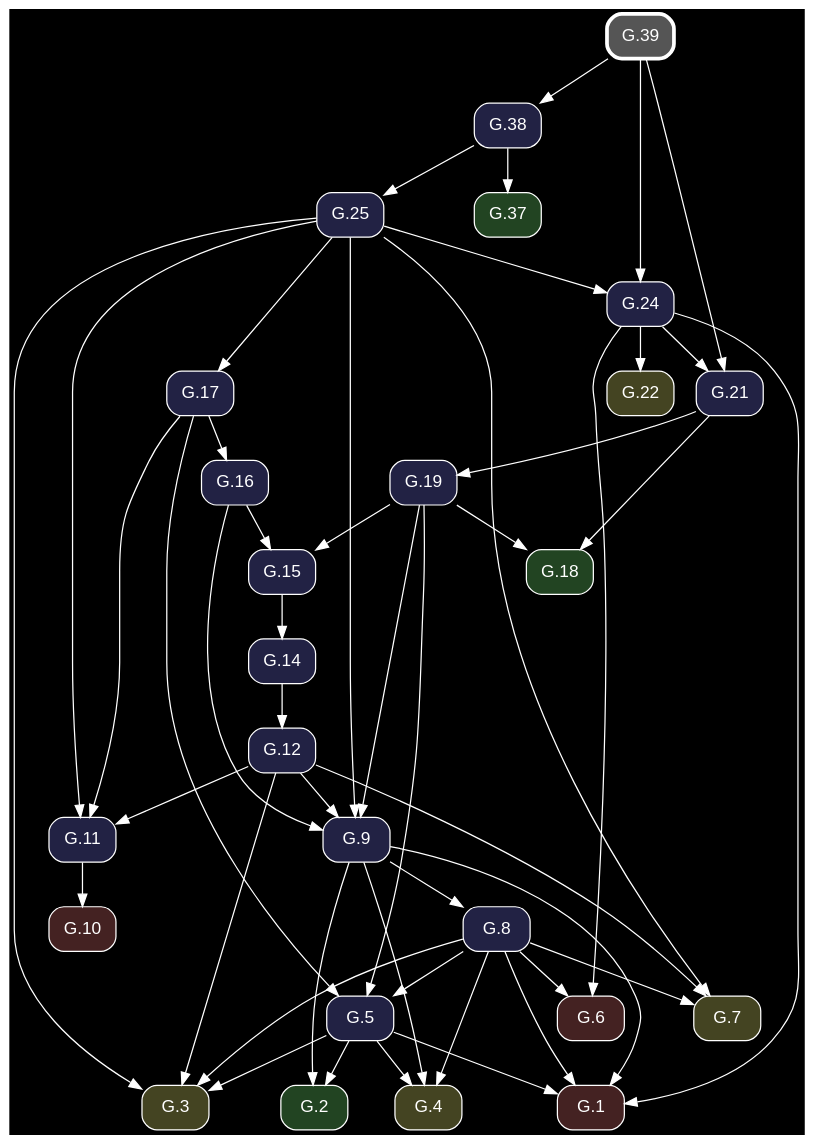
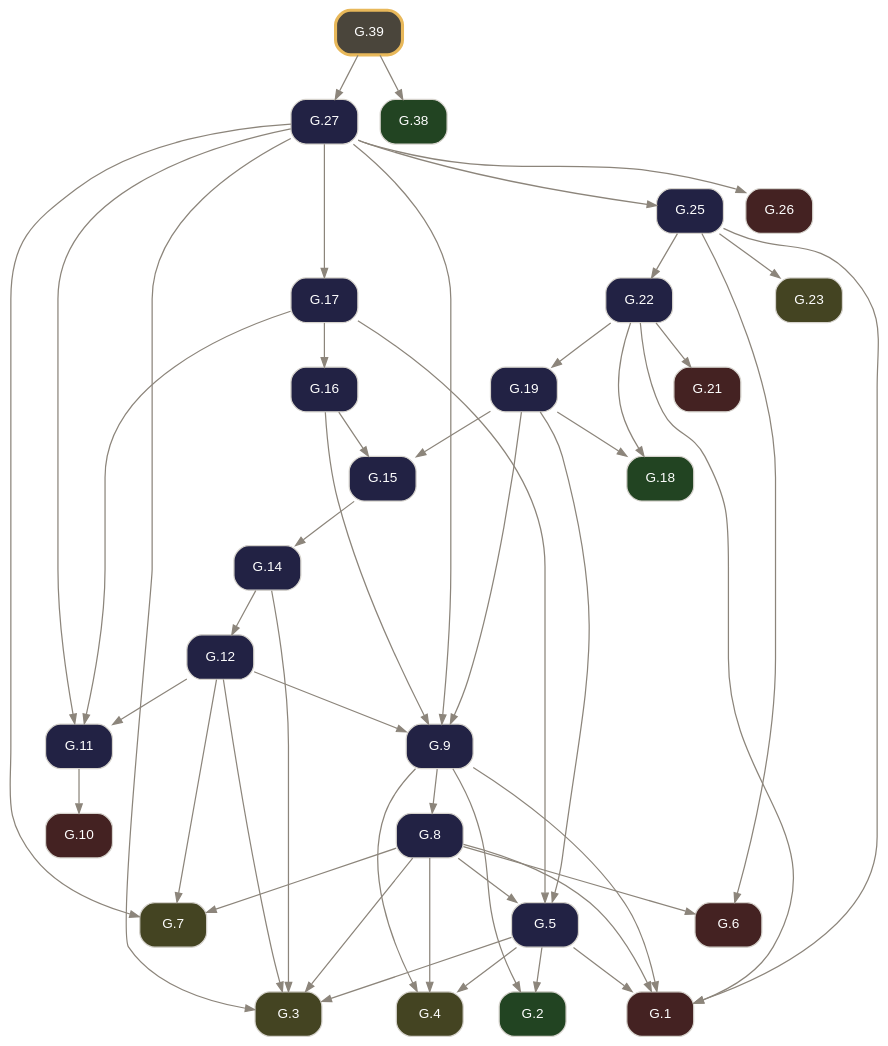
One commit to geometor/elements changed the diagram in docsrc/elements2/G.39/index.rst. Above: the diagram before and after it, drawn with Graphviz. The commit also changed other lines of this file and 261 other files, not shown here.

Commit message:
feat: rebuild Elements 2.0 G-Index pipeline from composed Euclid Heath edition (v0.3.0)

```diff
--- a/docsrc/elements2/G.39/index.rst
+++ b/docsrc/elements2/G.39/index.rst
@@ -40,80 +69,82 @@
 .. graphviz::
 
    digraph {
-     bgcolor="black";
-     node [shape=box, style="rounded,filled", fontname="Helvetica", color="white", fontcolor="white"];
-     edge [color="white", fontcolor="white"];
+     bgcolor="transparent";
+     node [shape=box, style="rounded,filled", fontname="Helvetica", fontsize=11, color="#d6d3cd", fontcolor="#ffffff"];
+     edge [color="#8c857b", fontcolor="#8c857b", arrowsize=0.75];
      rankdir="TB";
-     "G.6" [label="G.6", fillcolor="#442222", URL="/elements2/G.6/", target="_top"];
-     "G.19" [label="G.19", fillcolor="#222244", URL="/elements2/G.19/", target="_top"];
-     "G.38" [label="G.38", fillcolor="#222244", URL="/elements2/G.38/", target="_top"];
-     "G.21" [label="G.21", fillcolor="#222244", URL="/elements2/G.21/", target="_top"];
-     "G.24" [label="G.24", fillcolor="#222244", URL="/elements2/G.24/", target="_top"];
-     "G.10" [label="G.10", fillcolor="#442222", URL="/elements2/G.10/", target="_top"];
-     "G.7" [label="G.7", fillcolor="#444422", URL="/elements2/G.7/", target="_top"];
-     "G.17" [label="G.17", fillcolor="#222244", URL="/elements2/G.17/", target="_top"];
-     "G.3" [label="G.3", fillcolor="#444422", URL="/elements2/G.3/", target="_top"];
-     "G.15" [label="G.15", fillcolor="#222244", URL="/elements2/G.15/", target="_top"];
-     "G.5" [label="G.5", fillcolor="#222244", URL="/elements2/G.5/", target="_top"];
-     "G.1" [label="G.1", fillcolor="#442222", URL="/elements2/G.1/", target="_top"];
-     "G.2" [label="G.2", fillcolor="#224422", URL="/elements2/G.2/", target="_top"];
-     "G.12" [label="G.12", fillcolor="#222244", URL="/elements2/G.12/", target="_top"];
-     "G.22" [label="G.22", fillcolor="#444422", URL="/elements2/G.22/", target="_top"];
-     "G.14" [label="G.14", fillcolor="#222244", URL="/elements2/G.14/", target="_top"];
-     "G.39" [label="G.39", penwidth=3, color="white", fillcolor="#555555", URL="/elements2/G.39/", target="_top"];
-     "G.8" [label="G.8", fillcolor="#222244", URL="/elements2/G.8/", target="_top"];
-     "G.9" [label="G.9", fillcolor="#222244", URL="/elements2/G.9/", target="_top"];
-     "G.25" [label="G.25", fillcolor="#222244", URL="/elements2/G.25/", target="_top"];
-     "G.37" [label="G.37", fillcolor="#224422", URL="/elements2/G.37/", target="_top"];
-     "G.18" [label="G.18", fillcolor="#224422", URL="/elements2/G.18/", target="_top"];
-     "G.11" [label="G.11", fillcolor="#222244", URL="/elements2/G.11/", target="_top"];
-     "G.4" [label="G.4", fillcolor="#444422", URL="/elements2/G.4/", target="_top"];
-     "G.16" [label="G.16", fillcolor="#222244", URL="/elements2/G.16/", target="_top"];
-     "G.24" -> "G.6";
-     "G.8" -> "G.6";
-     "G.21" -> "G.19";
-     "G.39" -> "G.38";
-     "G.24" -> "G.21";
-     "G.39" -> "G.21";
-     "G.25" -> "G.24";
-     "G.39" -> "G.24";
-     "G.11" -> "G.10";
-     "G.25" -> "G.7";
-     "G.8" -> "G.7";
-     "G.12" -> "G.7";
-     "G.25" -> "G.17";
+     "G.1" [label="G.1", tooltip="G.1 (I.cn.1)", fillcolor="#442222", URL="../G.1/index.html", target="_top"];
+     "G.2" [label="G.2", tooltip="G.2 (I.def.15)", fillcolor="#224422", URL="../G.2/index.html", target="_top"];
+     "G.3" [label="G.3", tooltip="G.3 (I.post.1)", fillcolor="#444422", URL="../G.3/index.html", target="_top"];
+     "G.4" [label="G.4", tooltip="G.4 (I.post.3)", fillcolor="#444422", URL="../G.4/index.html", target="_top"];
+     "G.5" [label="G.5", tooltip="G.5 (I.1)", fillcolor="#222244", URL="../G.5/index.html", target="_top"];
+     "G.6" [label="G.6", tooltip="G.6 (I.cn.3)", fillcolor="#442222", URL="../G.6/index.html", target="_top"];
+     "G.7" [label="G.7", tooltip="G.7 (I.post.2)", fillcolor="#444422", URL="../G.7/index.html", target="_top"];
+     "G.8" [label="G.8", tooltip="G.8 (I.2)", fillcolor="#222244", URL="../G.8/index.html", target="_top"];
+     "G.9" [label="G.9", tooltip="G.9 (I.3)", fillcolor="#222244", URL="../G.9/index.html", target="_top"];
+     "G.10" [label="G.10", tooltip="G.10 (I.cn.4)", fillcolor="#442222", URL="../G.10/index.html", target="_top"];
+     "G.11" [label="G.11", tooltip="G.11 (I.4)", fillcolor="#222244", URL="../G.11/index.html", target="_top"];
+     "G.12" [label="G.12", tooltip="G.12 (I.5)", fillcolor="#222244", URL="../G.12/index.html", target="_top"];
+     "G.14" [label="G.14", tooltip="G.14 (I.7)", fillcolor="#222244", URL="../G.14/index.html", target="_top"];
+     "G.15" [label="G.15", tooltip="G.15 (I.8)", fillcolor="#222244", URL="../G.15/index.html", target="_top"];
+     "G.16" [label="G.16", tooltip="G.16 (I.9)", fillcolor="#222244", URL="../G.16/index.html", target="_top"];
+     "G.17" [label="G.17", tooltip="G.17 (I.10)", fillcolor="#222244", URL="../G.17/index.html", target="_top"];
+     "G.18" [label="G.18", tooltip="G.18 (I.def.10)", fillcolor="#224422", URL="../G.18/index.html", target="_top"];
+     "G.19" [label="G.19", tooltip="G.19 (I.11)", fillcolor="#222244", URL="../G.19/index.html", target="_top"];
+     "G.21" [label="G.21", tooltip="G.21 (I.cn.2)", fillcolor="#442222", URL="../G.21/index.html", target="_top"];
+     "G.22" [label="G.22", tooltip="G.22 (I.13)", fillcolor="#222244", URL="../G.22/index.html", target="_top"];
+     "G.23" [label="G.23", tooltip="G.23 (I.post.4)", fillcolor="#444422", URL="../G.23/index.html", target="_top"];
+     "G.25" [label="G.25", tooltip="G.25 (I.15)", fillcolor="#222244", URL="../G.25/index.html", target="_top"];
+     "G.26" [label="G.26", tooltip="G.26 (I.cn.5)", fillcolor="#442222", URL="../G.26/index.html", target="_top"];
+     "G.27" [label="G.27", tooltip="G.27 (I.16)", fillcolor="#222244", URL="../G.27/index.html", target="_top"];
+     "G.38" [label="G.38", tooltip="G.38 (I.def.23)", fillcolor="#224422", URL="../G.38/index.html", target="_top"];
+     "G.39" [label="G.39", tooltip="G.39 (I.27)", penwidth=2.5, color="#e8b85a", fillcolor="#4a453b", URL="index.html", target="_top"];
+     "G.5" -> "G.1";
+     "G.8" -> "G.1";
+     "G.9" -> "G.1";
+     "G.22" -> "G.1";
+     "G.25" -> "G.1";
+     "G.5" -> "G.2";
+     "G.9" -> "G.2";
      "G.5" -> "G.3";
-     "G.25" -> "G.3";
      "G.8" -> "G.3";
      "G.12" -> "G.3";
-     "G.19" -> "G.15";
-     "G.16" -> "G.15";
-     "G.19" -> "G.5";
-     "G.8" -> "G.5";
-     "G.17" -> "G.5";
-     "G.5" -> "G.1";
-     "G.24" -> "G.1";
-     "G.8" -> "G.1";
-     "G.9" -> "G.1";
-     "G.5" -> "G.2";
-     "G.9" -> "G.2";
-     "G.14" -> "G.12";
-     "G.24" -> "G.22";
-     "G.15" -> "G.14";
-     "G.9" -> "G.8";
-     "G.19" -> "G.9";
-     "G.25" -> "G.9";
-     "G.16" -> "G.9";
-     "G.12" -> "G.9";
-     "G.38" -> "G.25";
-     "G.38" -> "G.37";
-     "G.19" -> "G.18";
-     "G.21" -> "G.18";
-     "G.25" -> "G.11";
-     "G.17" -> "G.11";
-     "G.12" -> "G.11";
+     "G.14" -> "G.3";
+     "G.27" -> "G.3";
      "G.5" -> "G.4";
      "G.8" -> "G.4";
      "G.9" -> "G.4";
+     "G.8" -> "G.5";
+     "G.17" -> "G.5";
+     "G.19" -> "G.5";
+     "G.8" -> "G.6";
+     "G.25" -> "G.6";
+     "G.8" -> "G.7";
+     "G.12" -> "G.7";
+     "G.27" -> "G.7";
+     "G.9" -> "G.8";
+     "G.12" -> "G.9";
+     "G.16" -> "G.9";
+     "G.19" -> "G.9";
+     "G.27" -> "G.9";
+     "G.11" -> "G.10";
+     "G.12" -> "G.11";
+     "G.17" -> "G.11";
+     "G.27" -> "G.11";
+     "G.14" -> "G.12";
+     "G.15" -> "G.14";
+     "G.16" -> "G.15";
+     "G.19" -> "G.15";
      "G.17" -> "G.16";
+     "G.27" -> "G.17";
+     "G.19" -> "G.18";
+     "G.22" -> "G.18";
+     "G.22" -> "G.19";
+     "G.22" -> "G.21";
+     "G.25" -> "G.22";
+     "G.25" -> "G.23";
+     "G.27" -> "G.25";
+     "G.27" -> "G.26";
+     "G.39" -> "G.27";
+     "G.39" -> "G.38";
    }
```
